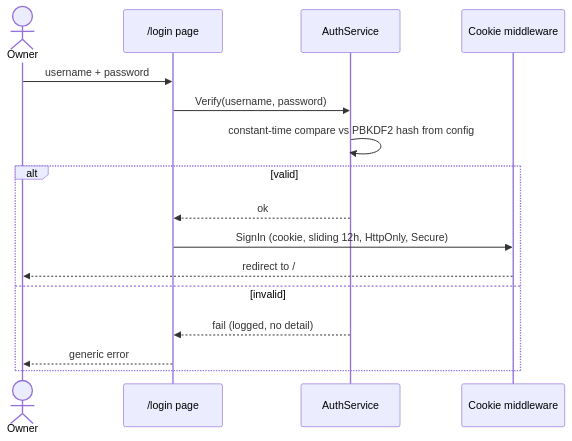
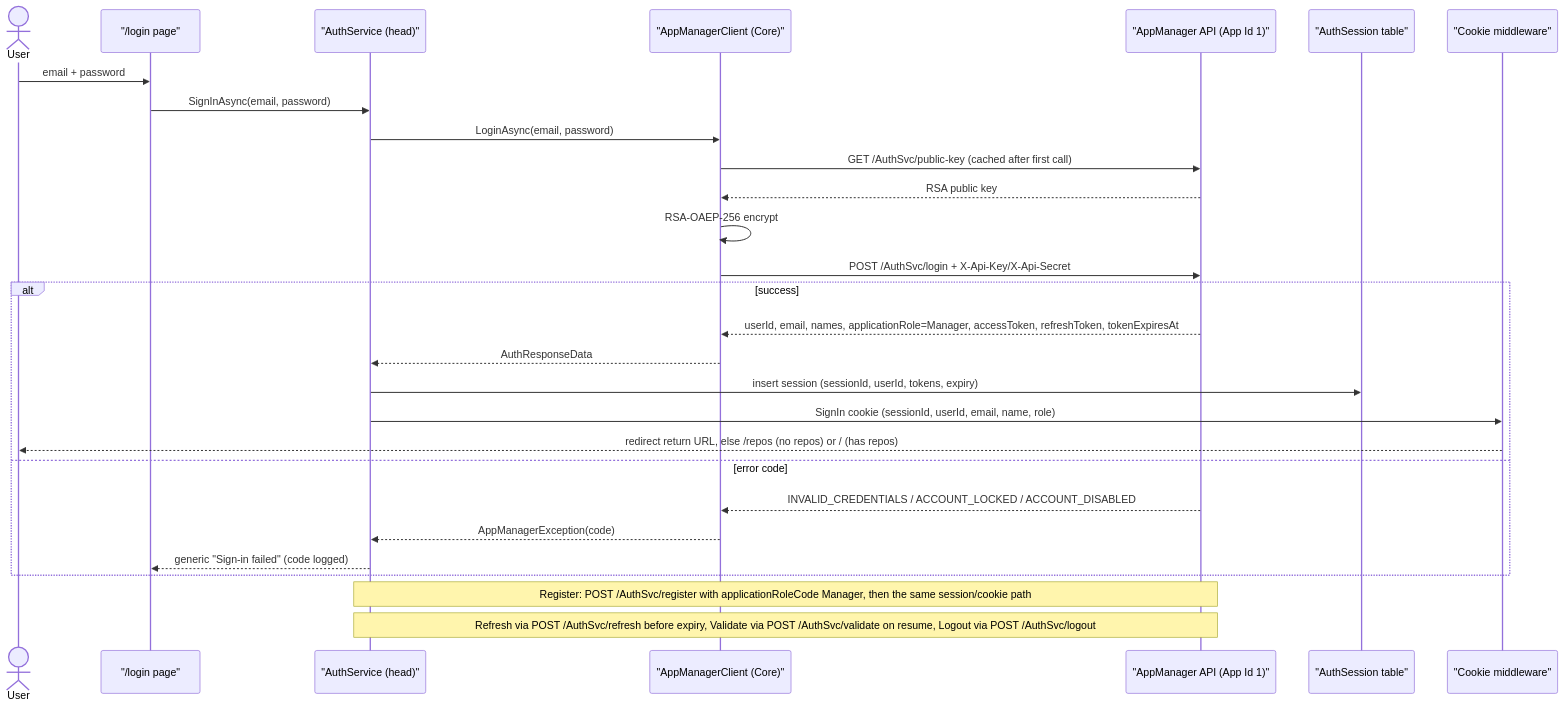
Before and after one commit to techierathore/TfLens: the fifth of 9 diagrams in docs/TfLens-Architecture.md, drawn with Mermaid. The commit also changed other lines of this file and 26 other files, not shown here.

````diff
--- a/docs/TfLens-Architecture.md
+++ b/docs/TfLens-Architecture.md
@@ -216,18 +238,30 @@
 ```mermaid
 sequenceDiagram
-  actor O as Owner
-  participant L as /login page
-  participant A as AuthService
-  participant C as Cookie middleware
-  O->>L: username + password
-  L->>A: Verify(username, password)
-  A->>A: constant-time compare vs PBKDF2 hash from config
-  alt valid
-    A-->>L: ok
-    L->>C: SignIn (cookie, sliding 12h, HttpOnly, Secure)
-    C-->>O: redirect to /
-  else invalid
-    A-->>L: fail (logged, no detail)
-    L-->>O: generic error
+  actor U as User
+  participant L as "/login page"
+  participant A as "AuthService (head)"
+  participant AMC as "AppManagerClient (Core)"
+  participant AM as "AppManager API (App Id 1)"
+  participant S as "AuthSession table"
+  participant C as "Cookie middleware"
+  U->>L: email + password
+  L->>A: SignInAsync(email, password)
+  A->>AMC: LoginAsync(email, password)
+  AMC->>AM: GET /AuthSvc/public-key (cached after first call)
+  AM-->>AMC: RSA public key
+  AMC->>AMC: RSA-OAEP-256 encrypt
+  AMC->>AM: POST /AuthSvc/login + X-Api-Key/X-Api-Secret
+  alt success
+    AM-->>AMC: userId, email, names, applicationRole=Manager, accessToken, refreshToken, tokenExpiresAt
+    AMC-->>A: AuthResponseData
+    A->>S: insert session (sessionId, userId, tokens, expiry)
+    A->>C: SignIn cookie (sessionId, userId, email, name, role)
+    C-->>U: redirect return URL, else /repos (no repos) or / (has repos)
+  else error code
+    AM-->>AMC: INVALID_CREDENTIALS / ACCOUNT_LOCKED / ACCOUNT_DISABLED
+    AMC-->>A: AppManagerException(code)
+    A-->>L: generic "Sign-in failed" (code logged)
   end
+  Note over A,AM: Register: POST /AuthSvc/register with applicationRoleCode Manager, then the same session/cookie path
+  Note over A,AM: Refresh via POST /AuthSvc/refresh before expiry, Validate via POST /AuthSvc/validate on resume, Logout via POST /AuthSvc/logout
 ```
````
